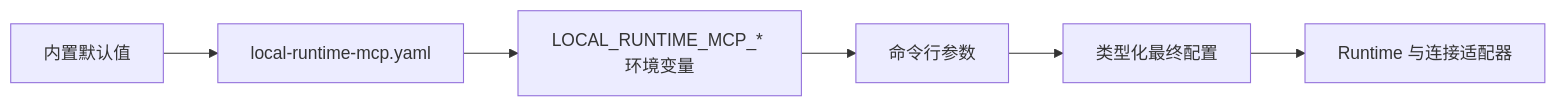
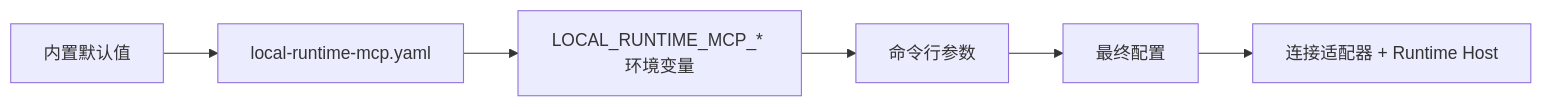
One commit to hicancan/local-runtime-mcp changed the second of 7 diagrams in README.zh-CN.md. Above: the diagram before and after it, drawn with Mermaid. The commit also changed other lines of this file and 21 other files, not shown here.

````diff
--- a/README.zh-CN.md
+++ b/README.zh-CN.md
@@ -94,8 +138,8 @@
 ```mermaid
 flowchart LR
     D[内置默认值] --> Y[local-runtime-mcp.yaml]
     Y --> E[LOCAL_RUNTIME_MCP_* 环境变量]
-    E --> F[命令行参数]
-    F --> R[类型化最终配置]
-    R --> H[Runtime 与连接适配器]
+    E --> A[命令行参数]
+    A --> R[最终配置]
+    R --> H[连接适配器 + Runtime Host]
 ```
````
